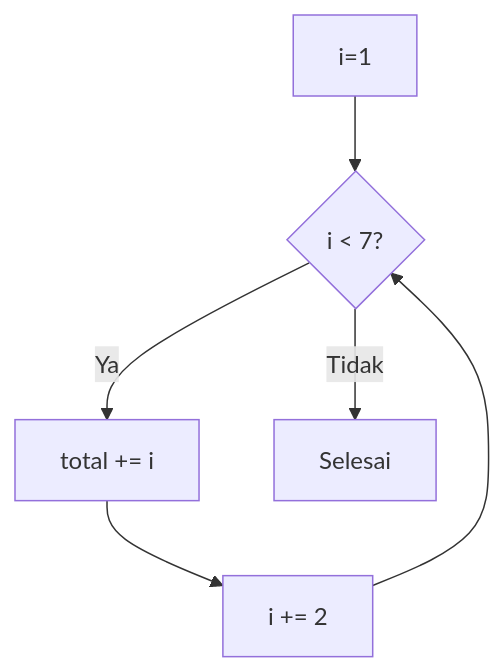
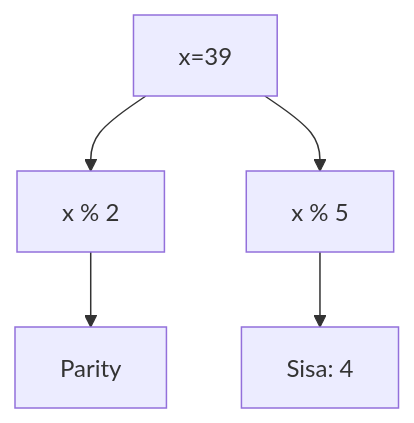
One commit to amnahwaida/OSNK_INF_PREP changed diagram 13 of 25 in part-c-pemahaman-cpp/03-perulangan/latihan/set-09.md. Above: the diagram before and after it, drawn with Mermaid. The commit also changed other lines of this file and 71 other files, not shown here.

````diff
--- a/part-c-pemahaman-cpp/03-perulangan/latihan/set-09.md
+++ b/part-c-pemahaman-cpp/03-perulangan/latihan/set-09.md
@@ -246,8 +383,7 @@
 ```mermaid
 graph TD
-    A[i=1] --> B{i < 7?}
-    B -- Ya --> C[total += i]
-    C --> D[i += 2]
-    D --> B
-    B -- Tidak --> E[Selesai]
+A[x=39] --> B[x % 2]
+B --> C[Parity]
+A --> D[x % 5]
+D --> E[Sisa: 4]
 ```
````
